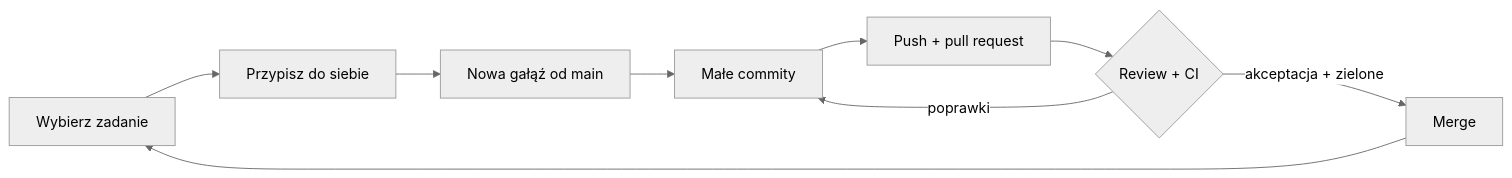
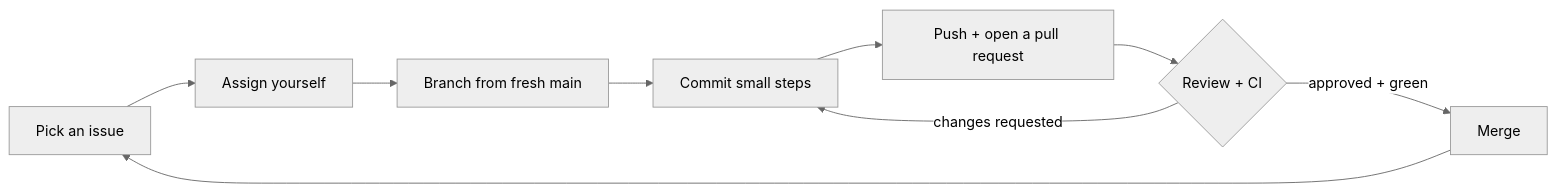
One commit to DigitalVantage/intern-playground changed the diagram in docs/github-guide.md. Above: the diagram before and after it, drawn with Mermaid (neutral theme). The commit also changed other lines of this file and 10 other files, not shown here.

````diff
--- a/docs/github-guide.md
+++ b/docs/github-guide.md
@@ -10,11 +12,11 @@
 ```mermaid
 flowchart LR
-    I[Wybierz zadanie] --> A[Przypisz do siebie]
-    A --> B[Nowa gałąź od main]
-    B --> C[Małe commity]
-    C --> P[Push + pull request]
+    I[Pick an issue] --> A[Assign yourself]
+    A --> B[Branch from fresh main]
+    B --> C[Commit small steps]
+    C --> P[Push + open a pull request]
     P --> R{Review + CI}
-    R -- poprawki --> C
-    R -- akceptacja + zielone --> M[Merge]
+    R -- changes requested --> C
+    R -- approved + green --> M[Merge]
     M --> I
 ```
````
